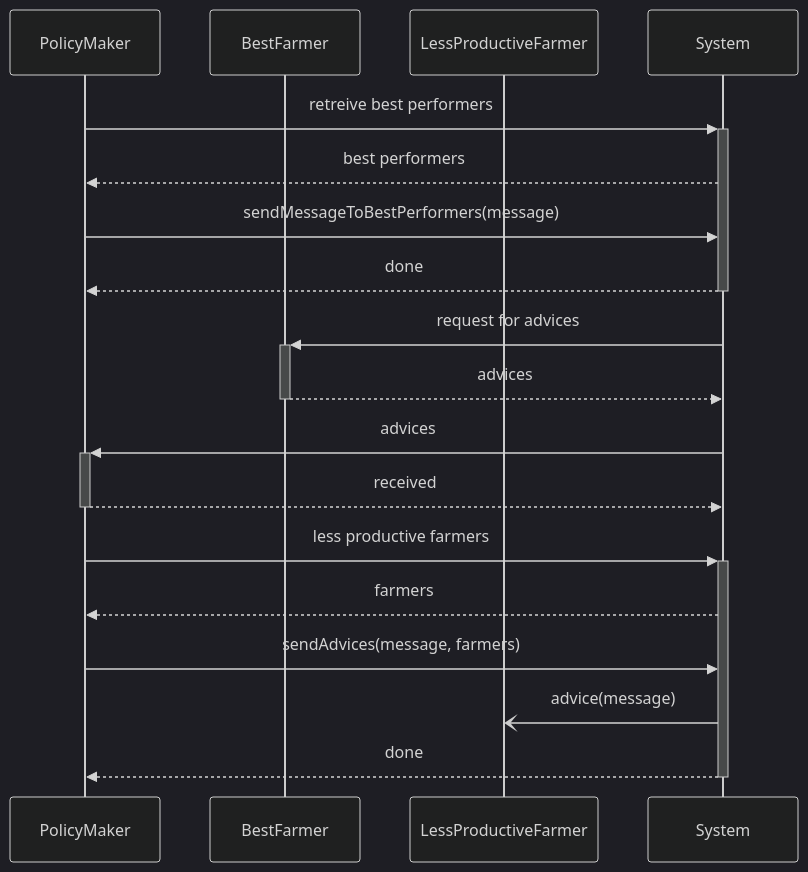
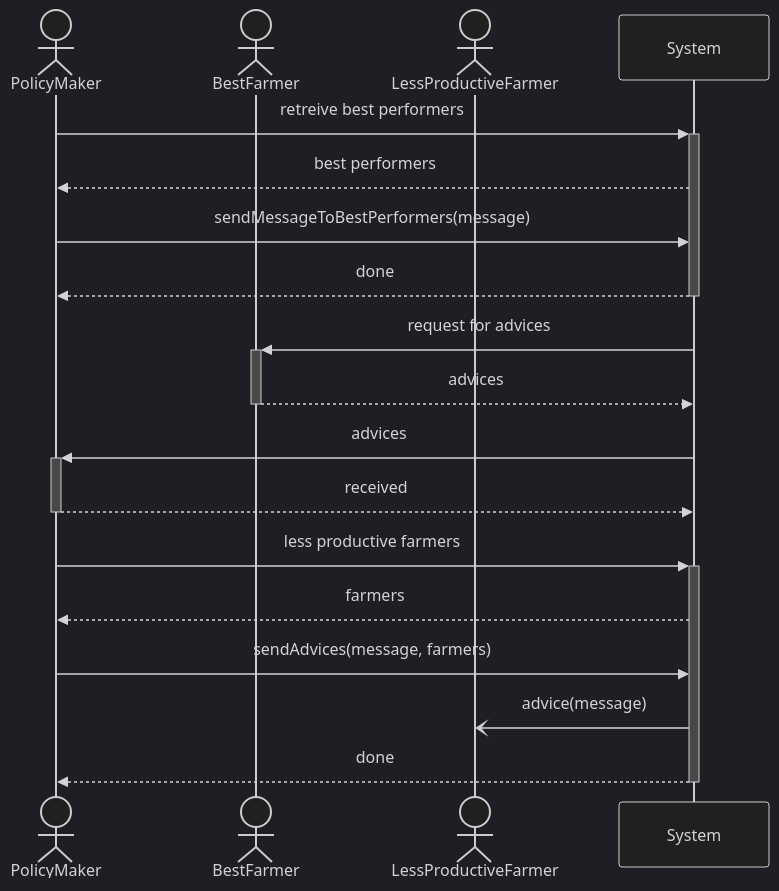
The fifth of 6 diagrams in DeliveryFolder/UML.md (thekalipo/DeParcevauxPouliquen), drawn with Mermaid (dark theme) before and after one commit. The commit also changed other lines of this file and 2 other files, not shown here.

Commit message:
use cases mermaid

````diff
--- a/DeliveryFolder/UML.md
+++ b/DeliveryFolder/UML.md
@@ -18,22 +86,22 @@
 ```mermaid
 sequenceDiagram
-    participant PolicyMaker
-    participant BestFarmer
-    participant LessProductiveFarmer
+    actor PolicyMaker
+    actor BestFarmer
+    actor LessProductiveFarmer
     participant System
     PolicyMaker->>+System: retreive best performers
     System-->>PolicyMaker: best performers
     PolicyMaker->>System: sendMessageToBestPerformers(message)
     System-->>-PolicyMaker: done
 
     System->>+BestFarmer: request for advices
     BestFarmer-->>-System: advices
 
     System->>+PolicyMaker: advices
     PolicyMaker-->>-System: received
     PolicyMaker->>+System: less productive farmers
     System-->>PolicyMaker: farmers 
     PolicyMaker->> System: sendAdvices(message, farmers)
     System-)LessProductiveFarmer: advice(message)
     System-->>-PolicyMaker: done
 ```
````
